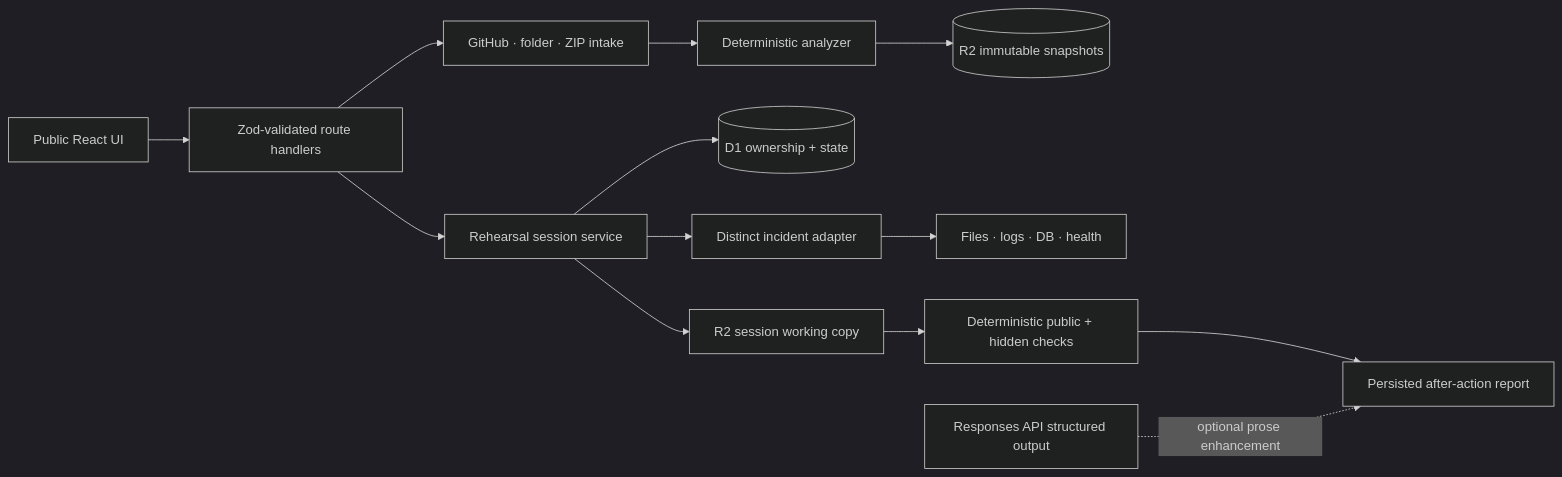
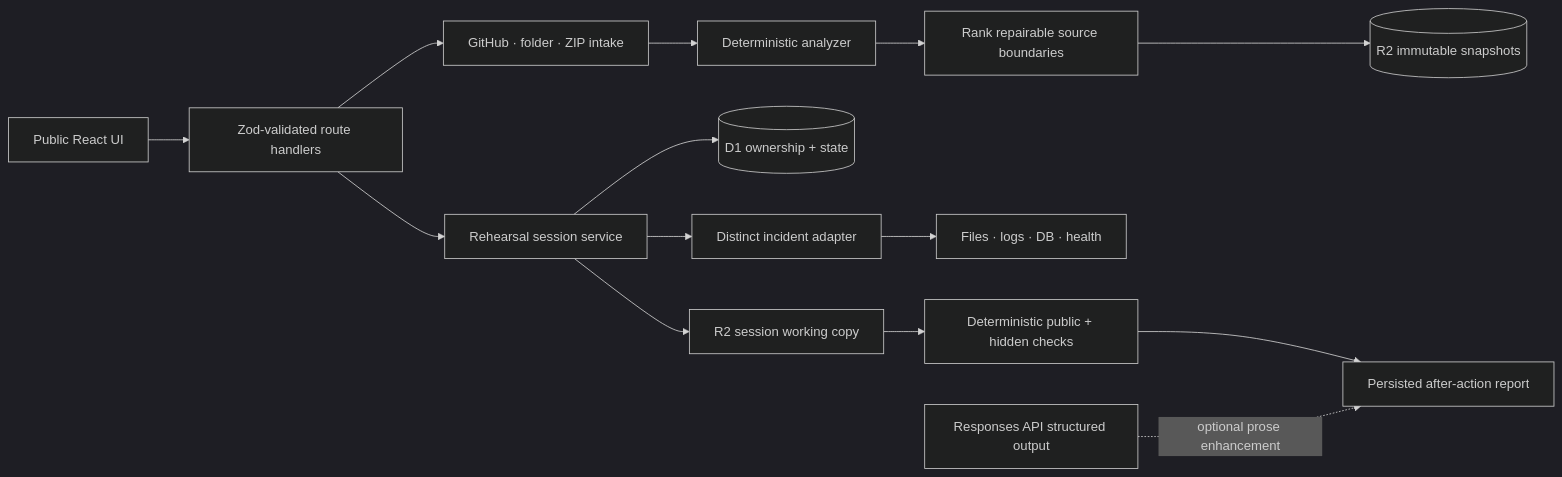
Before and after one commit to agcodin/reporehearsal: the diagram in docs/ARCHITECTURE.md, drawn with Mermaid (dark theme). The commit also changed other lines of this file and 20 other files, not shown here.

````diff
--- a/docs/ARCHITECTURE.md
+++ b/docs/ARCHITECTURE.md
@@ -5,15 +5,16 @@
 ```mermaid
 flowchart LR
   UI[Public React UI] --> API[Zod-validated route handlers]
   API --> Intake[GitHub · folder · ZIP intake]
   Intake --> Analyzer[Deterministic analyzer]
-  Analyzer --> R2[(R2 immutable snapshots)]
+  Analyzer --> Brain[Rank repairable source boundaries]
+  Brain --> R2[(R2 immutable snapshots)]
   API --> Sessions[Rehearsal session service]
   Sessions --> D1[(D1 ownership + state)]
   Sessions --> Work[R2 session working copy]
   Sessions --> Scenario[Distinct incident adapter]
   Scenario --> Evidence[Files · logs · DB · health]
   Work --> Validate[Deterministic public + hidden checks]
   Validate --> Report[Persisted after-action report]
   OpenAI[Responses API structured output] -. optional prose enhancement .-> Report
 ```
````
